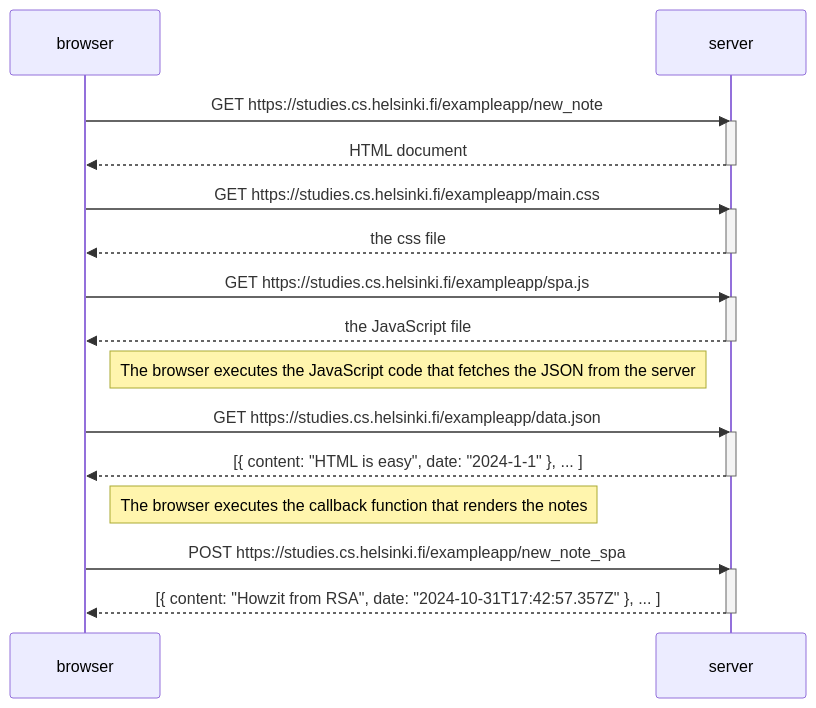
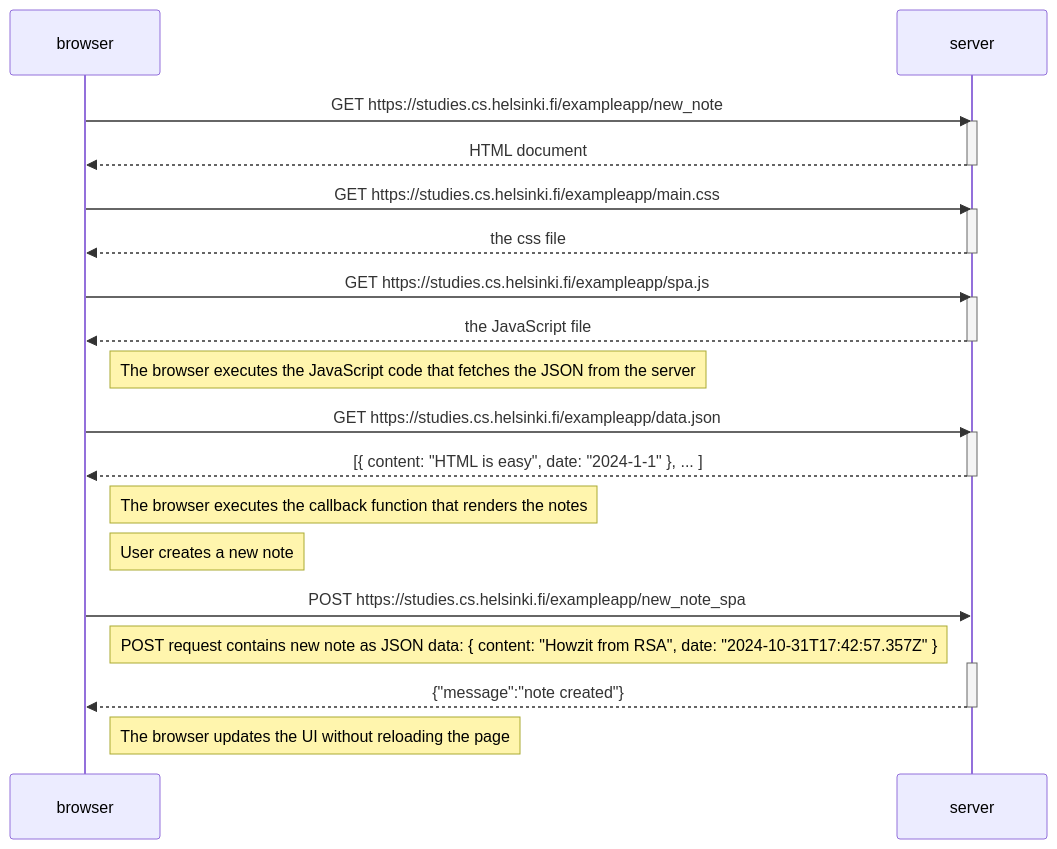
One commit to peterbuckingham/FullStackOpen-UniversityofHelsinki-Course changed the diagram in part0/0.6_New-note-in-Single-page-app-diagram.md. Above: the diagram before and after it, drawn with Mermaid.

Commit message:
my eighth commit

````diff
--- a/part0/0.6_New-note-in-Single-page-app-diagram.md
+++ b/part0/0.6_New-note-in-Single-page-app-diagram.md
@@ -1,35 +1,39 @@
 ```mermaid
 sequenceDiagram
     participant browser
     participant server
 
     browser->>server: GET https://studies.cs.helsinki.fi/exampleapp/new_note
     activate server
     server-->>browser: HTML document
     deactivate server
 
     browser->>server: GET https://studies.cs.helsinki.fi/exampleapp/main.css
     activate server
     server-->>browser: the css file
     deactivate server
 
     browser->>server: GET https://studies.cs.helsinki.fi/exampleapp/spa.js
     activate server
     server-->>browser: the JavaScript file
     deactivate server
 
     Note right of browser: The browser executes the JavaScript code that fetches the JSON from the server
 
     browser->>server: GET https://studies.cs.helsinki.fi/exampleapp/data.json
     activate server
     server-->>browser: [{ content: "HTML is easy", date: "2024-1-1" }, ... ]
     deactivate server
 
     Note right of browser: The browser executes the callback function that renders the notes
 
+    Note right of browser: User creates a new note
+    
     browser->>server: POST https://studies.cs.helsinki.fi/exampleapp/new_note_spa
+    Note right of browser: POST request contains new note as JSON data: { content: "Howzit from RSA", date: "2024-10-31T17:42:57.357Z" }
     activate server
-    server-->>browser: [{ content: "Howzit from RSA", date: "2024-10-31T17:42:57.357Z" }, ... ]
+    server-->>browser: {"message":"note created"}
     deactivate server
-
+    
+    Note right of browser: The browser updates the UI without reloading the page
 ```
````
